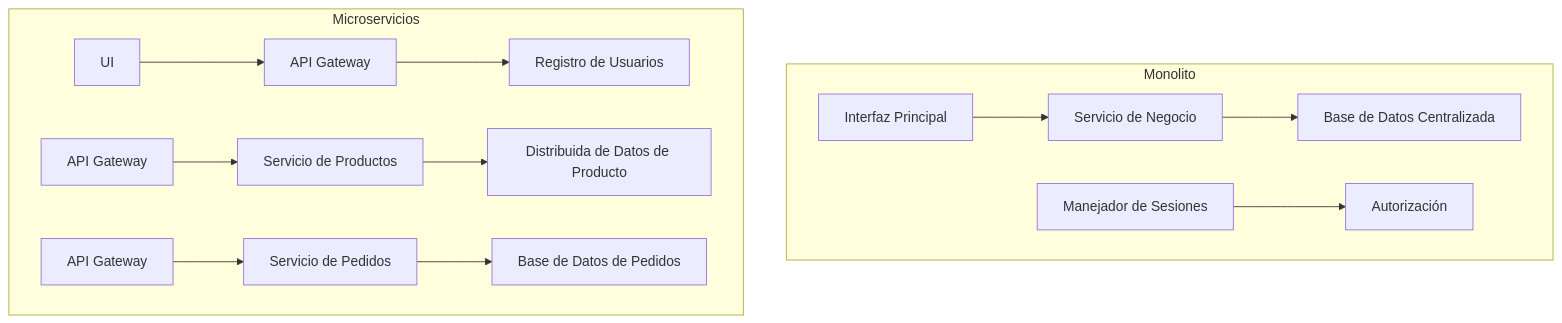
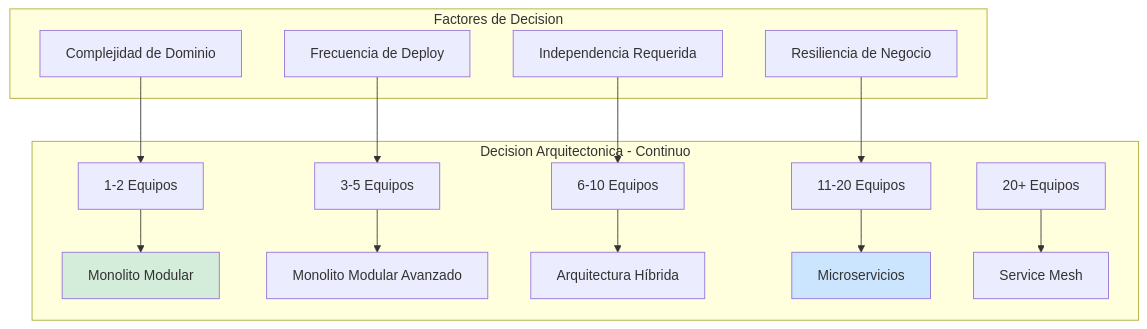
Before and after one commit to Joaquinriosheredia/DAM-Java-Mastery: the first of 4 diagrams in _Review/monolito_modular_vs_microservicios_cuando_usar_cada_uno/monolito_modular_vs_microservicios_cuando_usar_cada_uno.md, drawn with Mermaid. The commit also changed other lines of this file, not shown here.

Commit message:
monolito_modular_vs_microservicios_cuando_usar_cada_uno.md

````diff
--- a/_Review/monolito_modular_vs_microservicios_cuando_usar_cada_uno/monolito_modular_vs_microservicios_cuando_usar_cada_uno.md
+++ b/_Review/monolito_modular_vs_microservicios_cuando_usar_cada_uno/monolito_modular_vs_microservicios_cuando_usar_cada_uno.md
@@ -100,13 +74,25 @@
 ```mermaid
 graph TD
-    subgraph Monolito
-        A[Interfaz Principal] --> B[Servicio de Negocio]
-        B --> C[Base de Datos Centralizada]
-        D[Manejador de Sesiones] --> E[Autorización]
+    subgraph "Decision Arquitectonica - Continuo"
+        A[1-2 Equipos] --> MONO[Monolito Modular]
+        B[3-5 Equipos] --> MOD[Monolito Modular Avanzado]
+        C[6-10 Equipos] --> HYB[Arquitectura Híbrida]
+        D[11-20 Equipos] --> MICRO[Microservicios]
+        E[20+ Equipos] --> MESH[Service Mesh]
     end
-    subgraph Microservicios
-        F[UI] --> G[API Gateway] --> H[Registro de Usuarios]
-        I[API Gateway] --> J[Servicio de Productos] --> K[Distribuida de Datos de Producto]
-        L[API Gateway] --> M[Servicio de Pedidos] --> N[Base de Datos de Pedidos]
+    
+    subgraph "Factores de Decision"
+        F1[Complejidad de Dominio]
+        F2[Frecuencia de Deploy]
+        F3[Independencia Requerida]
+        F4[Resiliencia de Negocio]
     end
+    
+    F1 --> A
+    F2 --> B
+    F3 --> C
+    F4 --> D
+    
+    style MONO fill:#d4edda
+    style MICRO fill:#cce5ff
 ```
````
